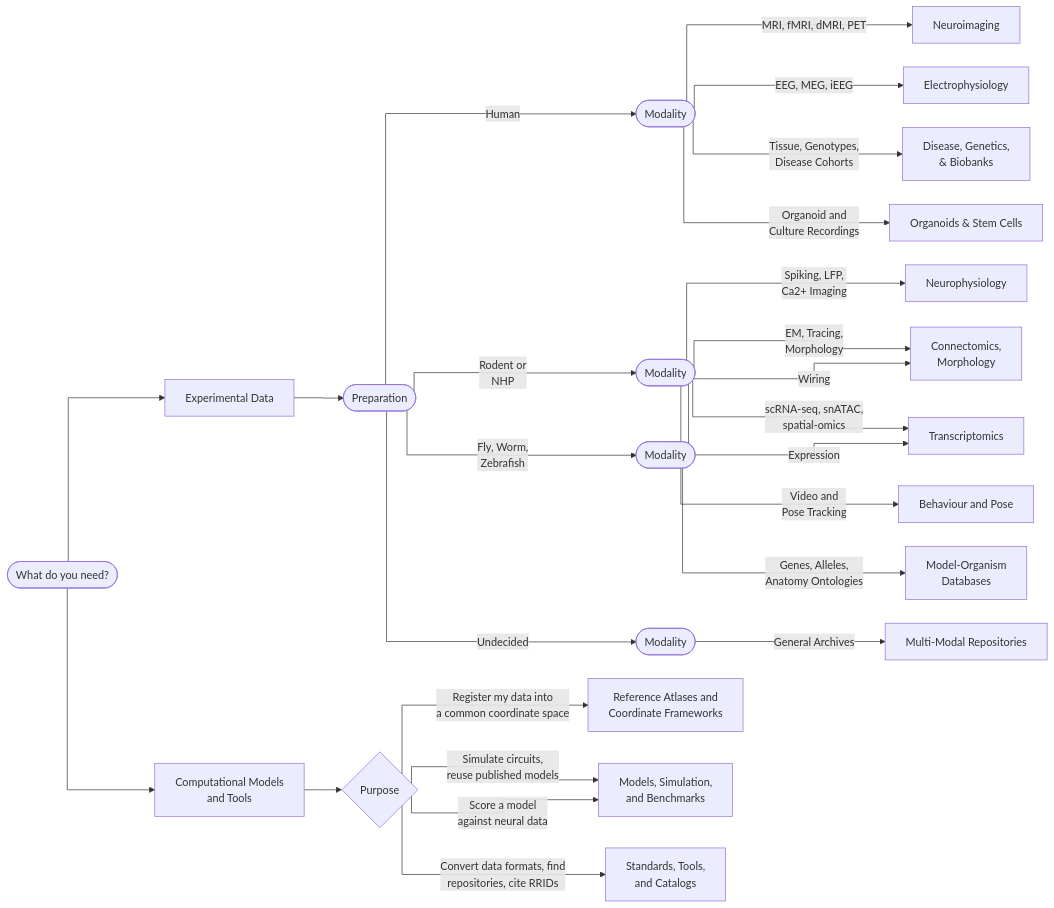
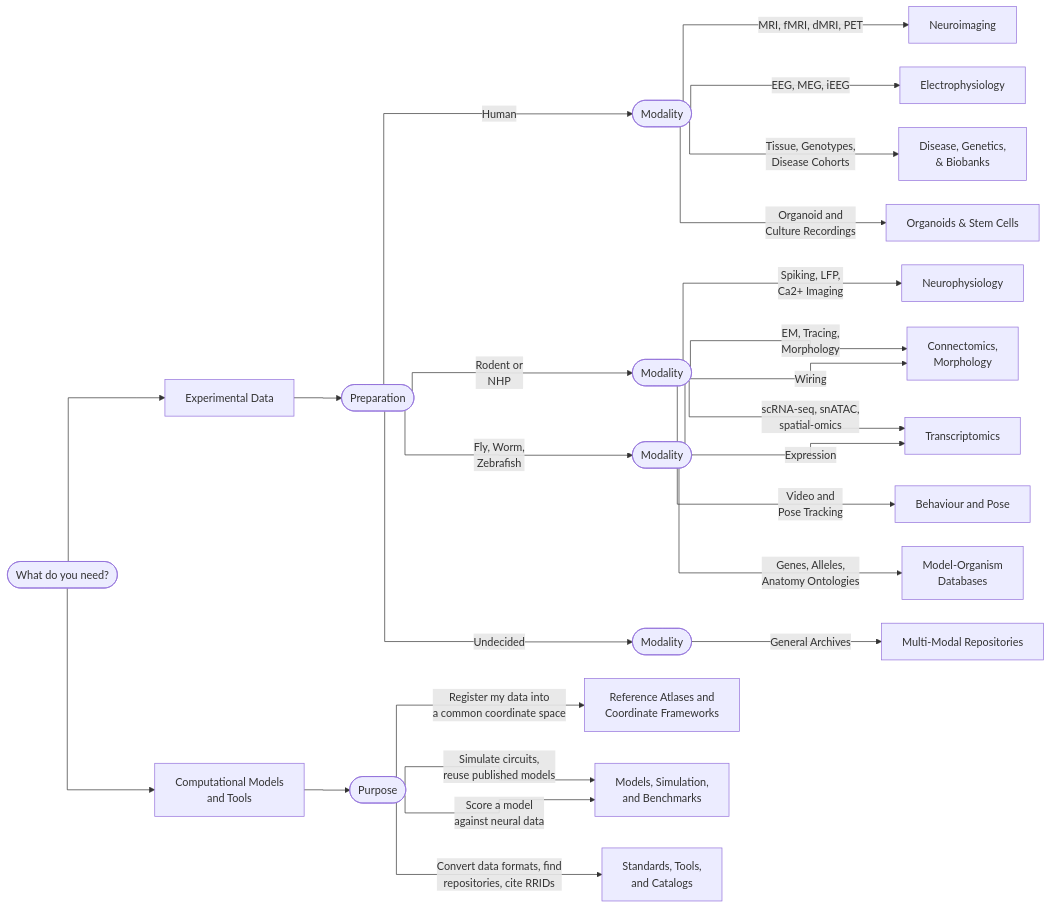
One commit to lauramedlock/neuroarchives changed the diagram in docs/index.md. Above: the diagram before and after it, drawn with Mermaid.

Commit message:
Update MOD purpose syntax in index.md

````diff
--- a/docs/index.md
+++ b/docs/index.md
@@ -41,35 +41,35 @@
 ```mermaid
 %%{init: {"flowchart": {"curve": "stepBefore", "nodeSpacing": 35, "rankSpacing": 55, "useMaxWidth": true}} }%%
 flowchart LR
     START([What do you need?])
     START --> EXP[Experimental Data]
     START --> MOD[Computational Models<br>and Tools]
 
     EXP --> PREP([Preparation])
     PREP -->|Human| HU([Modality])
     PREP -->|Rodent or<br>NHP| RO([Modality])
     PREP -->|Fly, Worm,<br>Zebrafish| INV([Modality])
     PREP -->|Undecided| GEN([Modality])
 
     HU -->|MRI, fMRI, dMRI, PET| E1[Neuroimaging]
     HU -->|EEG, MEG, iEEG| E2[Electrophysiology]
     HU -->|Tissue, Genotypes,<br>Disease Cohorts| E3[Disease, Genetics,<br>& Biobanks]
     HU -->|Organoid and<br>Culture Recordings| E4[Organoids & Stem Cells]
 
     RO -->|Spiking, LFP,<br>Ca2+ Imaging| E5[Neurophysiology] 
     RO -->|EM, Tracing,<br>Morphology| E6[Connectomics, <br> Morphology]
     RO -->|scRNA-seq, snATAC,<br>spatial-omics| E7[Transcriptomics]
     RO -->|Video and<br>Pose Tracking| E8[Behaviour and Pose]
 
     INV -->|Wiring| E6
     INV -->|Expression| E7
     INV -->|Genes, Alleles,<br>Anatomy Ontologies| E9[Model-Organism<br>Databases]
 
     GEN -->|General Archives| E10[Multi-Modal Repositories]
 
-    MOD --> PURPOSE{Purpose}
+    MOD --> PURPOSE([Purpose])
     PURPOSE -->|Register my data into<br>a common coordinate space| M1[Reference Atlases and<br>Coordinate Frameworks]
     PURPOSE -->|Simulate circuits,<br>reuse published models| M2[Models, Simulation,<br>and Benchmarks]
     PURPOSE -->|Score a model<br>against neural data| M2
     PURPOSE -->|Convert data formats, find<br>repositories, cite RRIDs| M3[Standards, Tools,<br>and Catalogs]
 ```
````
